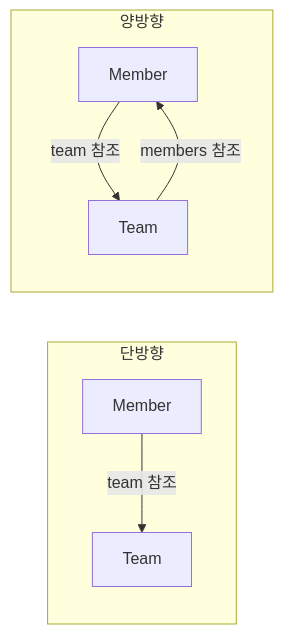
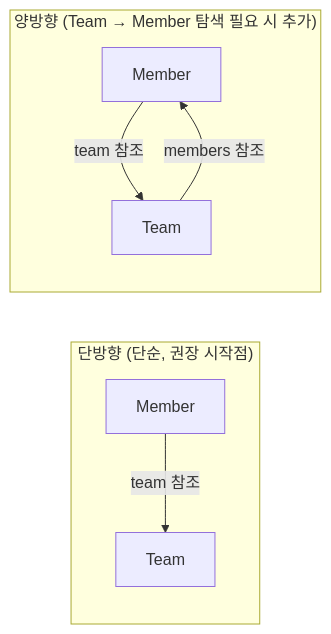
Before and after one commit to yjkim2015/yjkim2015.github.io: the eighth of 10 diagrams in _posts/jpa/2026-05-01-jpa-fundamentals.md, drawn with Mermaid. The commit also changed other lines of this file and 34 other files, not shown here.

First line of the commit message:
Full quality pass: 41 files — ASCII removed, 동작원리 보강, diagrams

```diff
--- a/_posts/jpa/2026-05-01-jpa-fundamentals.md
+++ b/_posts/jpa/2026-05-01-jpa-fundamentals.md
@@ -516,10 +467,10 @@
 <div class="mermaid">
 graph LR
-    subgraph 단방향
-        M1[Member] -->|team 참조| T1[Team]
+    subgraph UNI["단방향 (단순, 권장 시작점)"]
+        M1["Member"] -->|"team 참조"| T1["Team"]
     end
-    subgraph 양방향
-        M2[Member] -->|team 참조| T2[Team]
-        T2 -->|members 참조| M2
+    subgraph BI["양방향 (Team → Member 탐색 필요 시 추가)"]
+        M2["Member"] -->|"team 참조"| T2["Team"]
+        T2 -->|"members 참조"| M2
     end
 </div>
```
